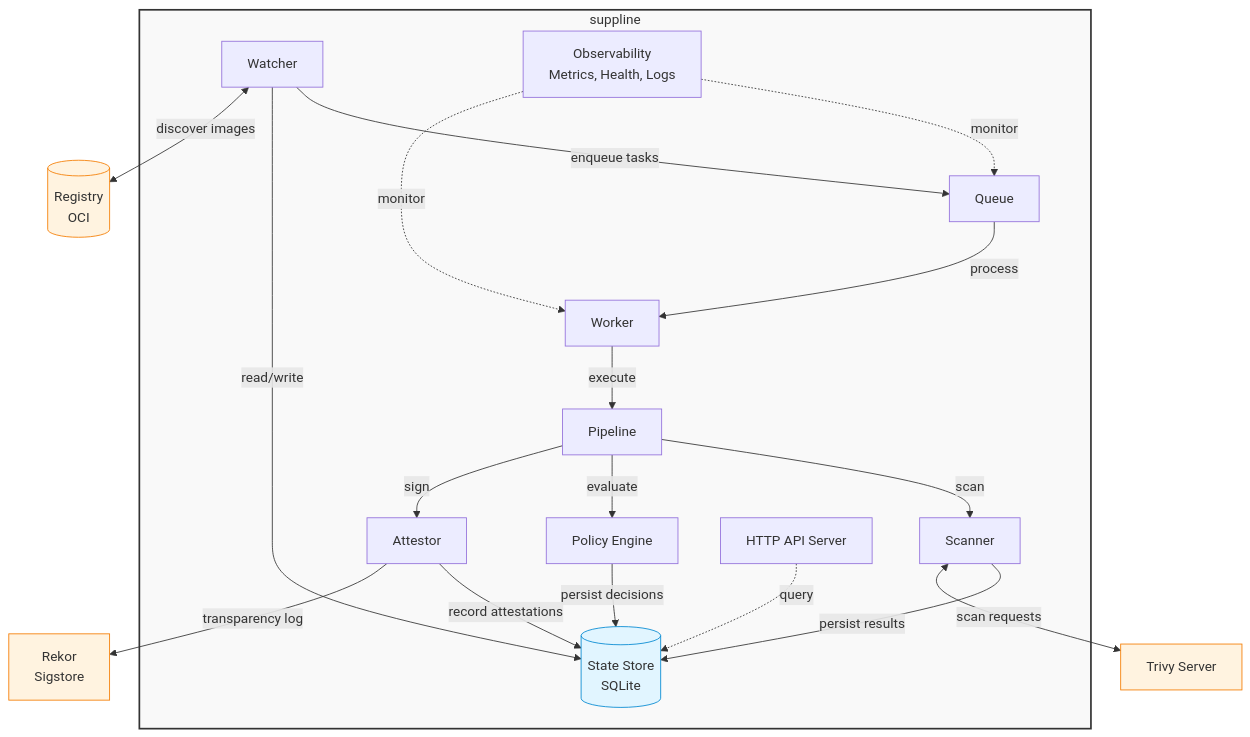
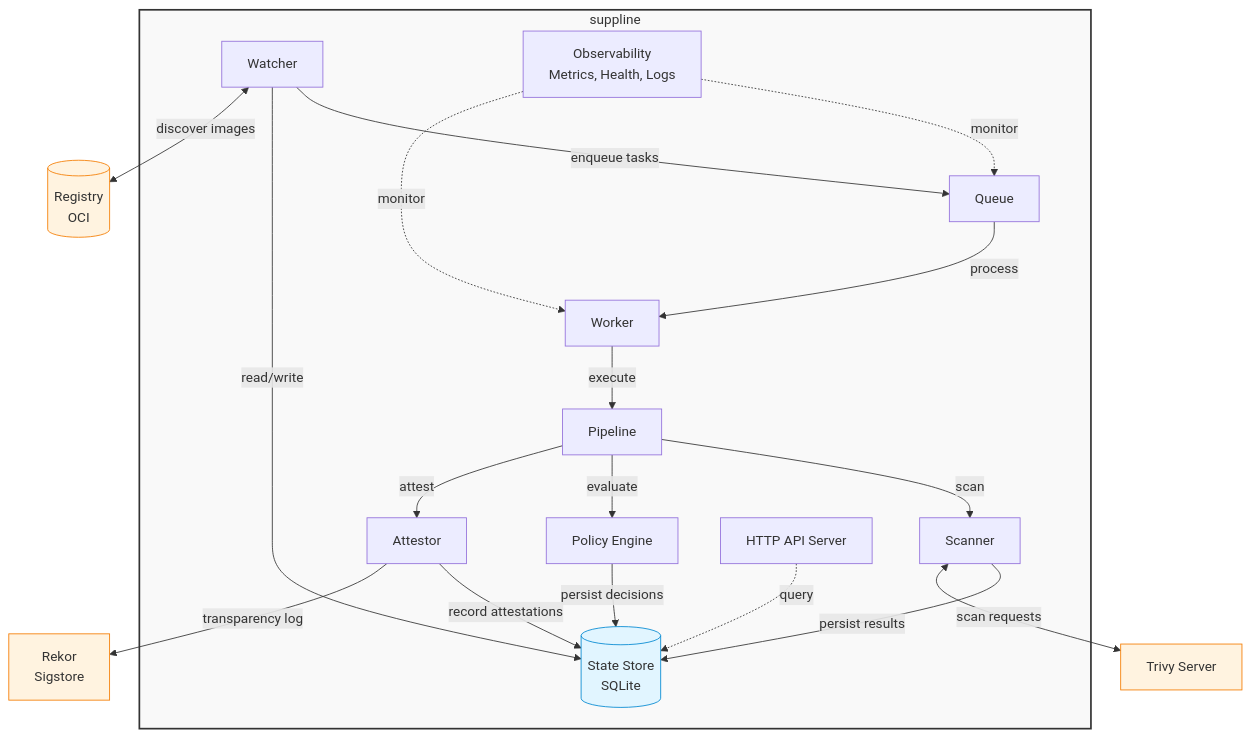
One commit to daimoniac/suppline changed the diagram in README.md. Above: the diagram before and after it, drawn with Mermaid. The commit also changed other lines of this file and 16 other files, not shown here.

````diff
--- a/README.md
+++ b/README.md
@@ -37,45 +36,45 @@
 ```mermaid
 graph TB
     subgraph suppline["suppline"]
         Watcher[Watcher]
         Queue[Queue]
         Worker[Worker]
         Pipeline[Pipeline]
         Scanner[Scanner]
         Policy[Policy Engine]
         Attestor[Attestor]
         StateStore[(State Store<br/>SQLite)]
         API[HTTP API Server]
         Observability[Observability<br/>Metrics, Health, Logs]
         
         Watcher -->|enqueue tasks| Queue
         Queue -->|process| Worker
         Worker -->|execute| Pipeline
         Pipeline -->|scan| Scanner
         Pipeline -->|evaluate| Policy
-        Pipeline -->|sign| Attestor
+        Pipeline -->|attest| Attestor
         
         Watcher -->|read/write| StateStore
         Scanner -->|persist results| StateStore
         Policy -->|persist decisions| StateStore
         Attestor -->|record attestations| StateStore
         
         API -.->|query| StateStore
         Observability -.->|monitor| Queue
         Observability -.->|monitor| Worker
     end
     
     Registry[(Registry<br/>OCI)]
     Trivy[Trivy Server]
     Rekor[Rekor<br/>Sigstore]
     
     Watcher <-->|discover images| Registry
     Scanner <-->|scan requests| Trivy
     Attestor -->|transparency log| Rekor
     
     style suppline fill:#f9f9f9,stroke:#333,stroke-width:2px
     style StateStore fill:#e1f5ff,stroke:#0288d1
     style Registry fill:#fff3e0,stroke:#f57c00
     style Trivy fill:#fff3e0,stroke:#f57c00
     style Rekor fill:#fff3e0,stroke:#f57c00
 ```
````
